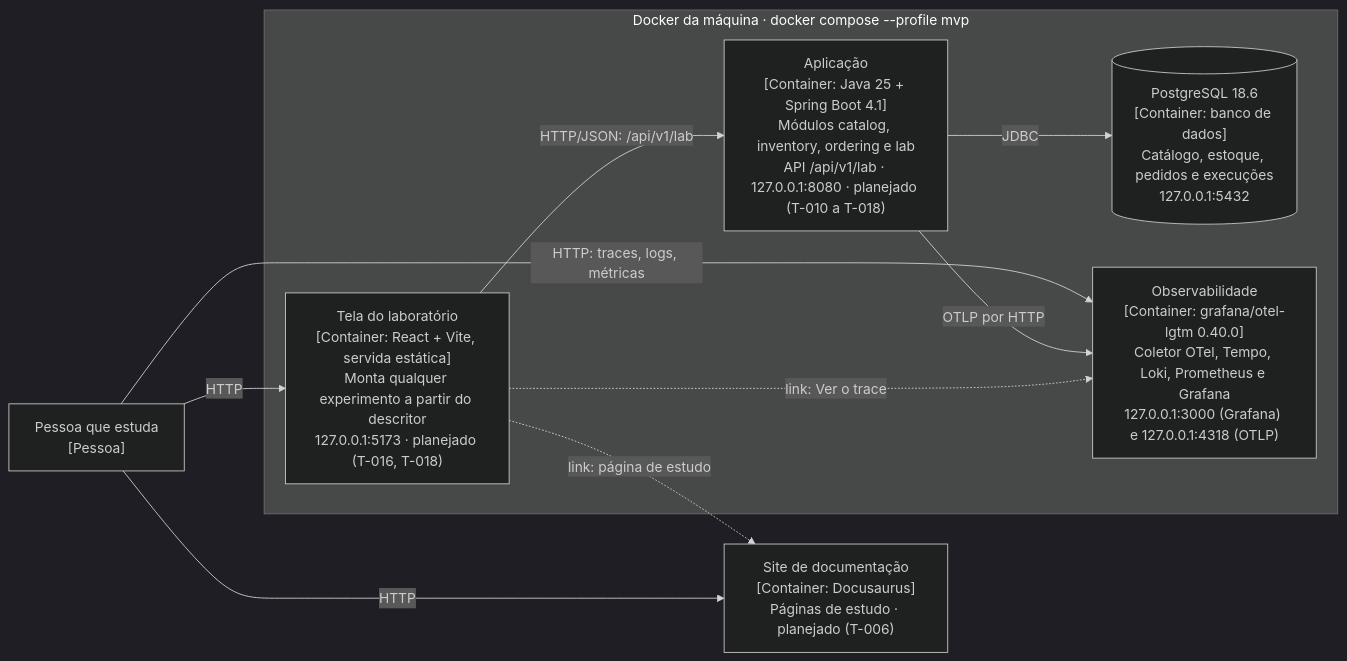
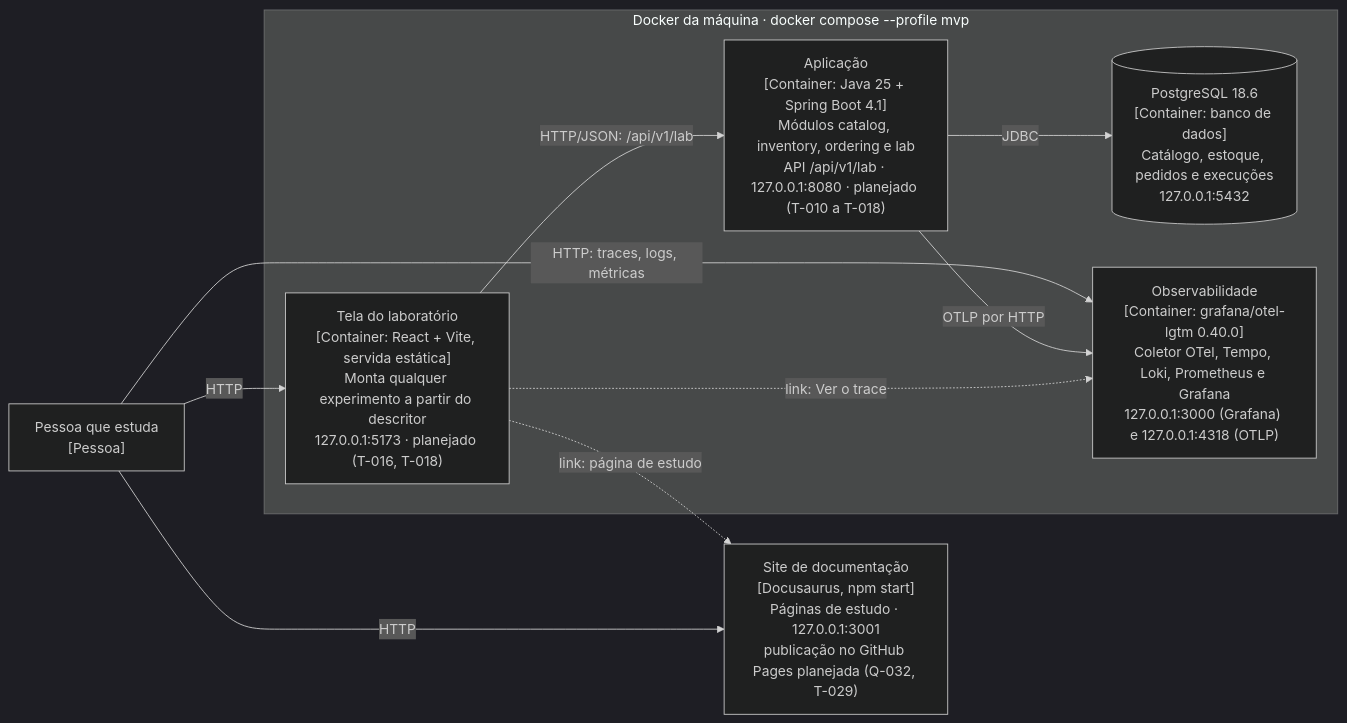
One commit to VictorLeaSilva/arquitetura-debaixo-do-capo changed the diagram in docs/architecture/c4-2-containers.md. Above: the diagram before and after it, drawn with Mermaid (dark theme). The commit also changed other lines of this file and 25 other files, not shown here.

Commit message:
feat(site): Docusaurus com abas bash/PowerShell, página-modelo DP-05 e doc-lint no CI (T-006)

````diff
--- a/docs/architecture/c4-2-containers.md
+++ b/docs/architecture/c4-2-containers.md
@@ -7,22 +7,22 @@
 ```mermaid
 flowchart LR
     pessoa["Pessoa que estuda<br/>[Pessoa]"]
 
     subgraph maquina["Docker da máquina · docker compose --profile mvp"]
         tela["Tela do laboratório<br/>[Container: React + Vite, servida estática]<br/>Monta qualquer experimento a partir do descritor<br/>127.0.0.1:5173 · planejado (T-016, T-018)"]
         app["Aplicação<br/>[Container: Java 25 + Spring Boot 4.1]<br/>Módulos catalog, inventory, ordering e lab<br/>API /api/v1/lab · 127.0.0.1:8080 · planejado (T-010 a T-018)"]
         db[("PostgreSQL 18.6<br/>[Container: banco de dados]<br/>Catálogo, estoque, pedidos e execuções<br/>127.0.0.1:5432")]
         obs["Observabilidade<br/>[Container: grafana/otel-lgtm 0.40.0]<br/>Coletor OTel, Tempo, Loki, Prometheus e Grafana<br/>127.0.0.1:3000 (Grafana) e 127.0.0.1:4318 (OTLP)"]
     end
 
-    site["Site de documentação<br/>[Container: Docusaurus]<br/>Páginas de estudo · planejado (T-006)"]
+    site["Site de documentação<br/>[Docusaurus, npm start]<br/>Páginas de estudo · 127.0.0.1:3001<br/>publicação no GitHub Pages planejada (Q-032, T-029)"]
 
     pessoa -- "HTTP" --> tela
     pessoa -- "HTTP" --> site
     pessoa -- "HTTP: traces, logs, métricas" --> obs
     tela -- "HTTP/JSON: /api/v1/lab" --> app
     app -- "JDBC" --> db
     app -- "OTLP por HTTP" --> obs
     tela -. "link: Ver o trace" .-> obs
     tela -. "link: página de estudo" .-> site
 ```
````
